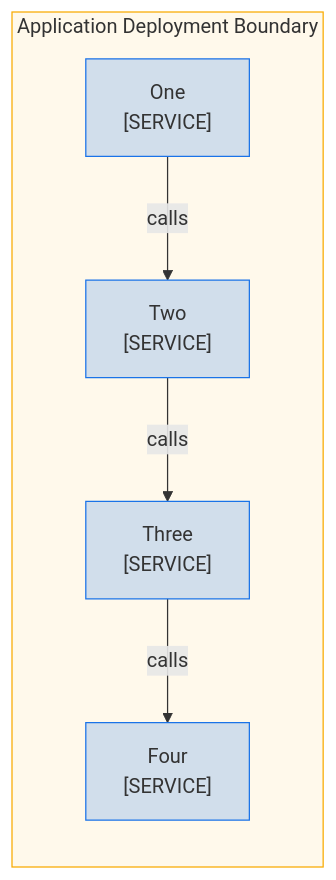
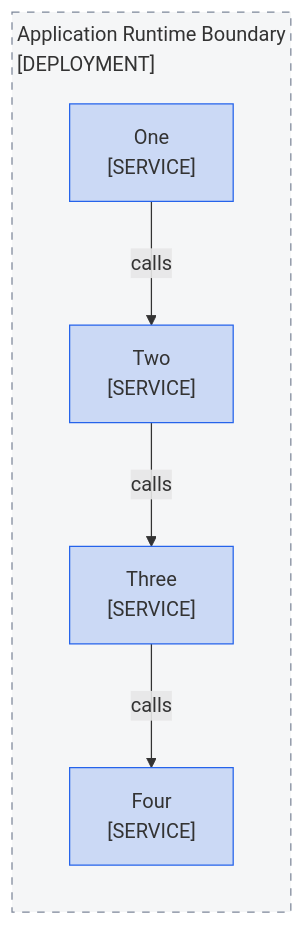
The diagram in skills/docsmith/scripts/fixtures/bad/mmd-boundary-width.md (choonchernlim/skills), drawn with Mermaid before and after one commit. The commit also changed other lines of this file and 127 other files, not shown here.

````diff
--- a/skills/docsmith/scripts/fixtures/bad/mmd-boundary-width.md
+++ b/skills/docsmith/scripts/fixtures/bad/mmd-boundary-width.md
@@ -12,18 +12,19 @@
 ```mermaid
 graph TD
-  subgraph App["Application Deployment Boundary"]
+  %%{init: {"themeCSS": ".cluster-label, .cluster-label div, .cluster-label span, .cluster-label p { text-align: center !important; }", "flowchart": {"curve": "rounded", "subGraphTitleMargin": {"top": 6, "bottom": 30}}}}%%
+  subgraph App["Application Runtime Boundary<br/>[DEPLOYMENT]"]
     direction TB
     One["One<br/>[SERVICE]"]
     Two["Two<br/>[SERVICE]"]
     Three["Three<br/>[SERVICE]"]
     Four["Four<br/>[SERVICE]"]
   end
   One -->|"calls"| Two
   Two -->|"calls"| Three
   Three -->|"calls"| Four
 
   class One,Two,Three,Four own
   class App boundary
-  classDef own fill:#1a73e833,stroke:#1a73e8
-  classDef boundary fill:#f9ab0014,stroke:#f9ab00
+  classDef own fill:#2563eb33,stroke:#2563eb
+  classDef boundary fill:#7d879914,stroke:#7d8799,stroke-dasharray:6
 ```
````
